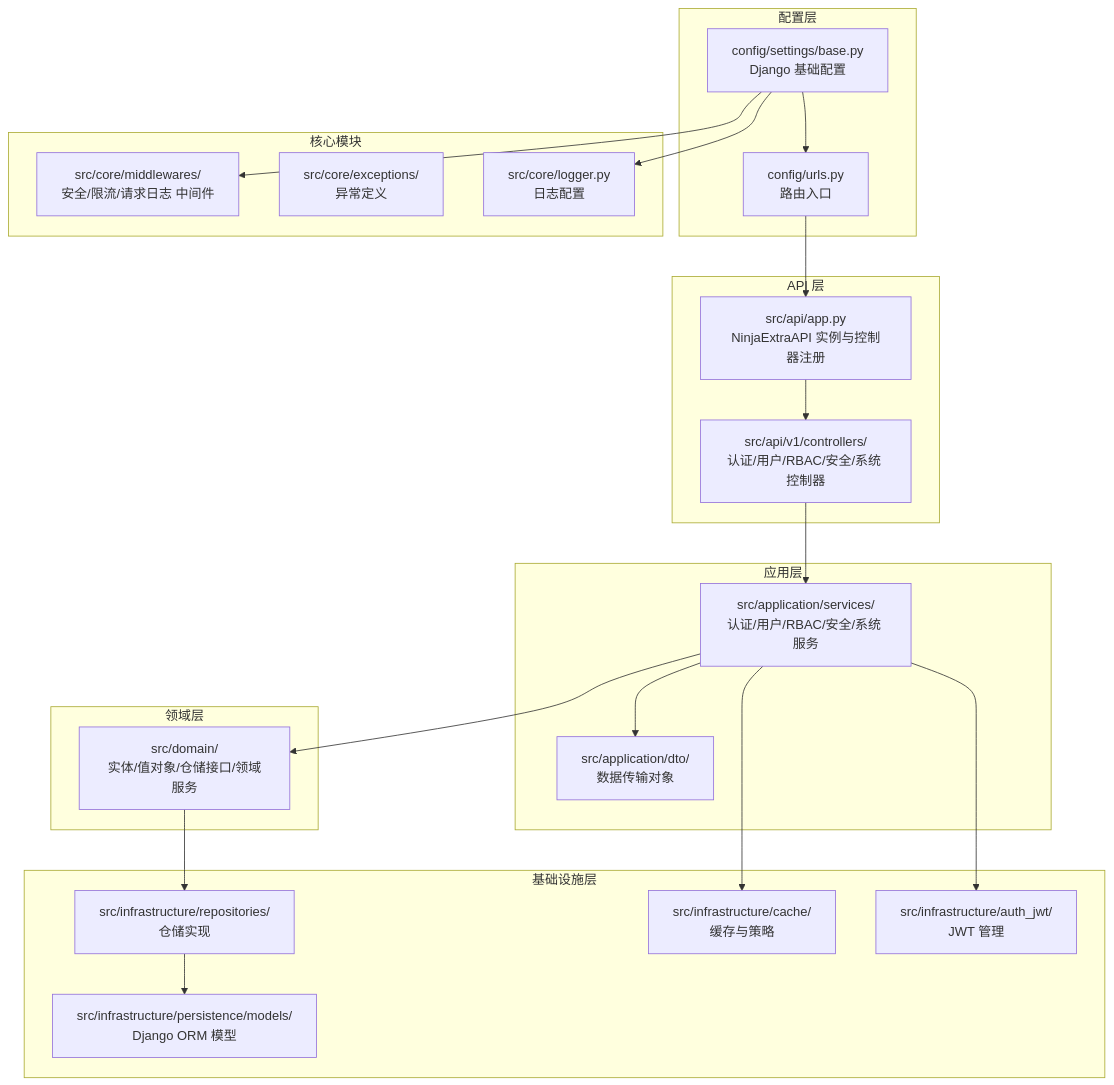
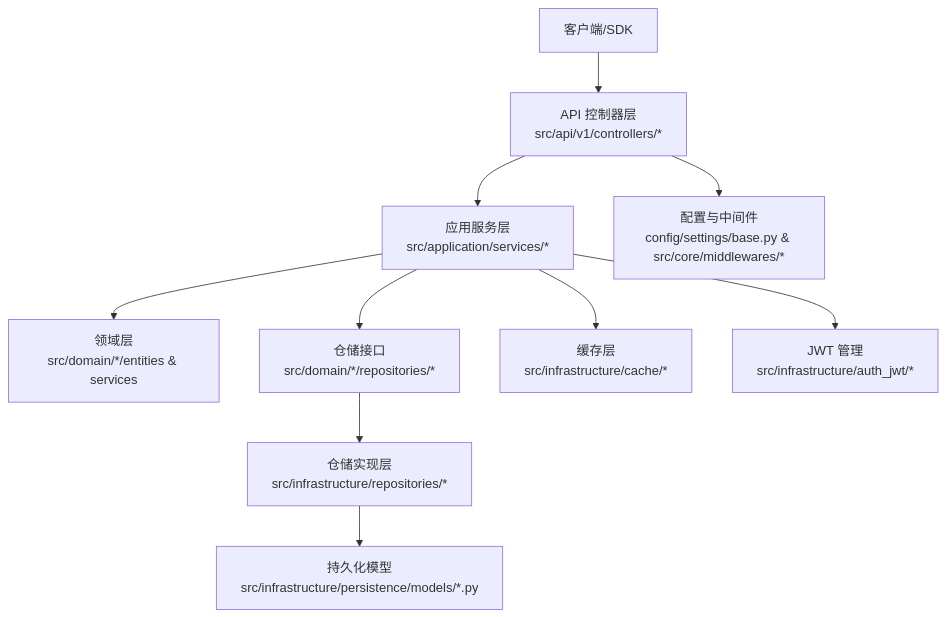
One commit to taoweidong/Hello-Django-Ninja-Api changed the second of 7 diagrams in .qoder/repowiki/zh/content/项目概述.md. Above: the diagram before and after it, drawn with Mermaid. The commit also changed other lines of this file and 106 other files, not shown here.

````diff
--- a/.qoder/repowiki/zh/content/项目概述.md
+++ b/.qoder/repowiki/zh/content/项目概述.md
@@ -60,41 +144,12 @@
 ```mermaid
 graph TB
-subgraph "配置层"
-CFG["config/settings/base.py<br/>Django 基础配置"]
-URL["config/urls.py<br/>路由入口"]
-end
-subgraph "API 层"
-APP["src/api/app.py<br/>NinjaExtraAPI 实例与控制器注册"]
-V1["src/api/v1/controllers/<br/>认证/用户/RBAC/安全/系统 控制器"]
-end
-subgraph "应用层"
-SVC["src/application/services/<br/>认证/用户/RBAC/安全/系统 服务"]
-DTO["src/application/dto/<br/>数据传输对象"]
-end
-subgraph "领域层"
-ENT["src/domain/<br/>实体/值对象/仓储接口/领域服务"]
-end
-subgraph "基础设施层"
-REP["src/infrastructure/repositories/<br/>仓储实现"]
-PERSIST["src/infrastructure/persistence/models/<br/>Django ORM 模型"]
-CACHE["src/infrastructure/cache/<br/>缓存与策略"]
-JWT["src/infrastructure/auth_jwt/<br/>JWT 管理"]
-end
-subgraph "核心模块"
-MID["src/core/middlewares/<br/>安全/限流/请求日志 中间件"]
-EXC["src/core/exceptions/<br/>异常定义"]
-LOG["src/core/logger.py<br/>日志配置"]
-end
-CFG --> URL
-URL --> APP
-APP --> V1
-V1 --> SVC
-SVC --> DTO
-SVC --> ENT
-ENT --> REP
-REP --> PERSIST
-SVC --> CACHE
-SVC --> JWT
-CFG --> MID
-CFG --> LOG
+Client["客户端/SDK"] --> API["API 控制器层<br/>src/api/v1/controllers/*"]
+API --> AppSvc["应用服务层<br/>src/application/services/*"]
+AppSvc --> Domain["领域层<br/>src/domain/*/entities & services"]
+AppSvc --> RepoIF["仓储接口<br/>src/domain/*/repositories/*"]
+RepoIF --> RepoImpl["仓储实现层<br/>src/infrastructure/repositories/*"]
+RepoImpl --> Models["持久化模型<br/>src/infrastructure/persistence/models/*.py"]
+AppSvc --> Cache["缓存层<br/>src/infrastructure/cache/*"]
+AppSvc --> JWT["JWT 管理<br/>src/infrastructure/auth_jwt/*"]
+API --> Settings["配置与中间件<br/>config/settings/base.py & src/core/middlewares/*"]
 ```
````
